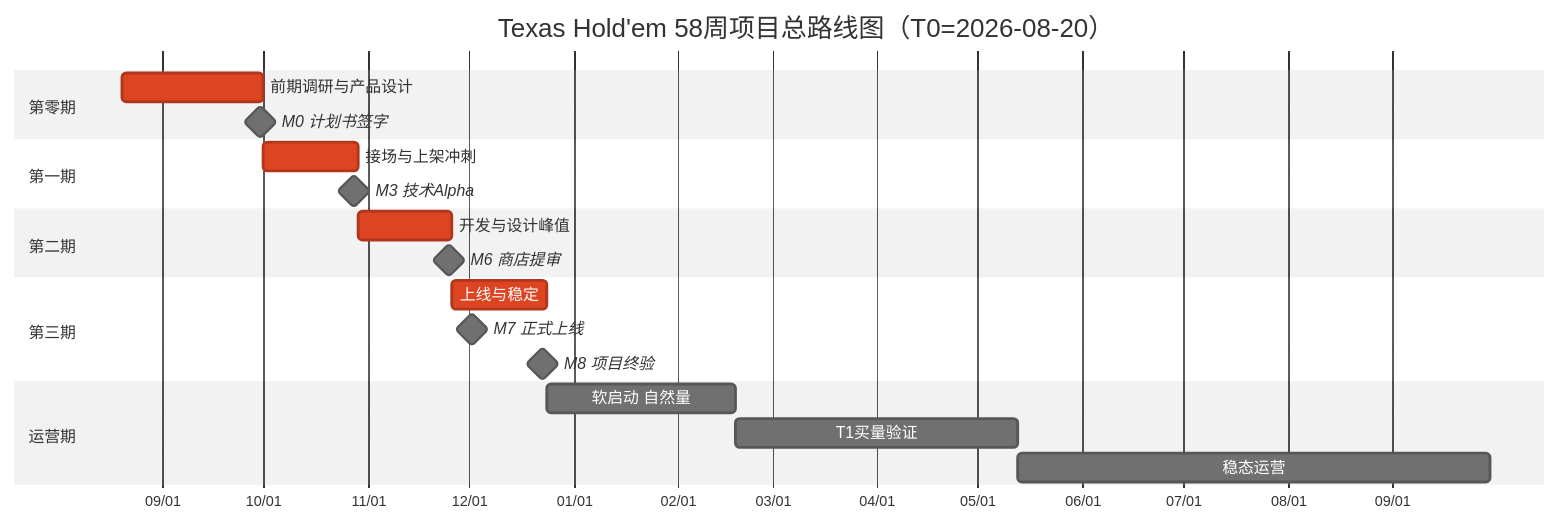
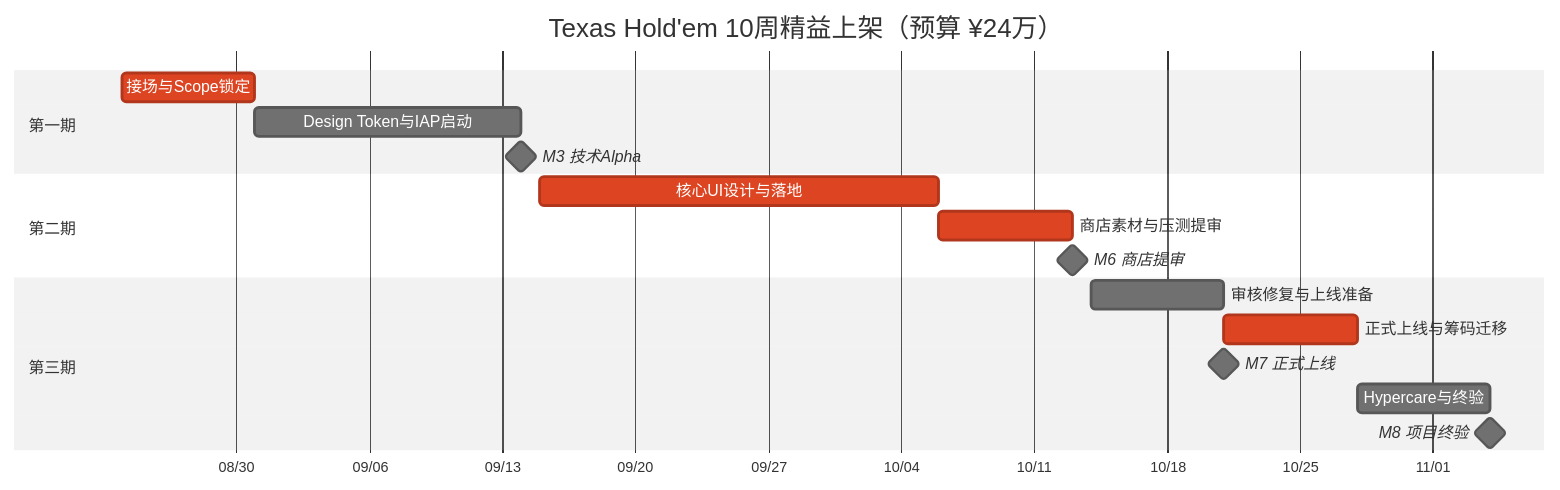
Before and after one commit to abutang-droid/Texas-Hold-em: the first of 3 diagrams in docs/local/全项目计划书.md, drawn with Mermaid (neutral theme). The commit also changed other lines of this file and 6 other files, not shown here.

````diff
--- a/docs/local/全项目计划书.md
+++ b/docs/local/全项目计划书.md
@@ -231,28 +205,23 @@
 ```mermaid
 gantt
-    title Texas Hold'em 58周项目总路线图（T0=2026-08-20）
+    title Texas Hold'em 10周精益上架（预算 ¥24万）
     dateFormat YYYY-MM-DD
     axisFormat %m/%d
 
-    section 第零期
-    前期调研与产品设计       :crit, p0, 2026-08-20, 6w
-    M0 计划书签字            :milestone, m0, 2026-09-30, 0d
-
     section 第一期
-    接场与上架冲刺           :crit, p1, 2026-10-01, 4w
-    M3 技术Alpha             :milestone, m1, 2026-10-28, 0d
+    接场与Scope锁定         :crit, p1, 2026-08-24, 1w
+    Design Token与IAP启动   :p1b, 2026-08-31, 2w
+    M3 技术Alpha            :milestone, m1, 2026-09-14, 0d
 
     section 第二期
-    开发与设计峰值           :crit, p2, 2026-10-29, 4w
-    M6 商店提审              :milestone, m2, 2026-11-25, 0d
+    核心UI设计与落地        :crit, p2, 2026-09-15, 3w
+    商店素材与压测提审      :crit, p2b, 2026-10-06, 1w
+    M6 商店提审             :milestone, m2, 2026-10-13, 0d
 
     section 第三期
-    上线与稳定               :crit, p3, 2026-11-26, 4w
-    M7 正式上线              :milestone, m3, 2026-12-02, 0d
-    M8 项目终验              :milestone, m4, 2026-12-23, 0d
-
-    section 运营期
-    软启动 自然量            :p4, 2026-12-24, 8w
-    T1买量验证               :p5, 2027-02-18, 12w
-    稳态运营                 :p6, 2027-05-13, 20w
+    审核修复与上线准备      :p3, 2026-10-14, 1w
+    正式上线与筹码迁移      :crit, p3b, 2026-10-21, 1w
+    M7 正式上线             :milestone, m3, 2026-10-21, 0d
+    Hypercare与终验         :p3c, 2026-10-28, 1w
+    M8 项目终验             :milestone, m4, 2026-11-04, 0d
 ```
````
